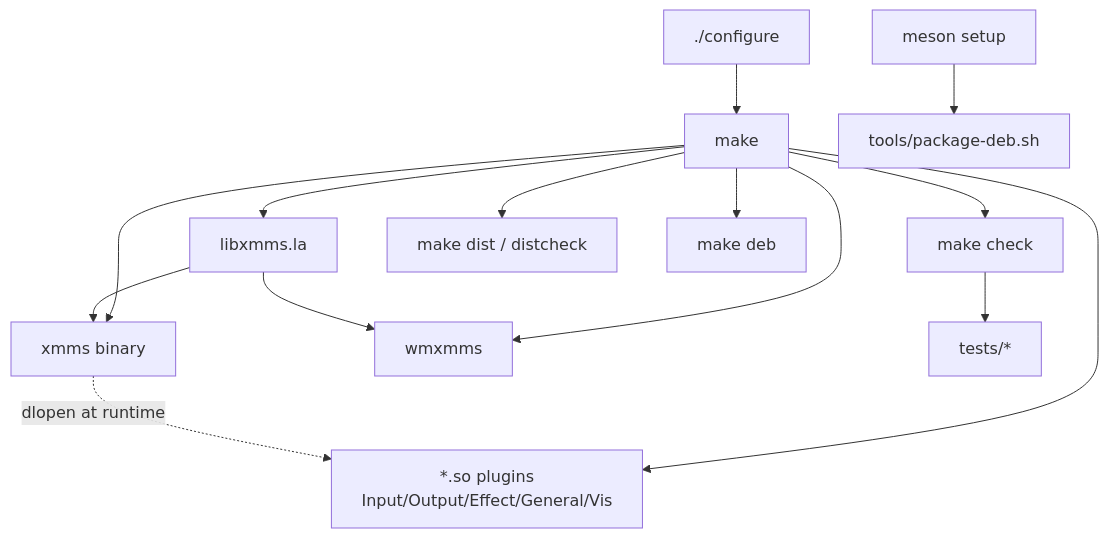
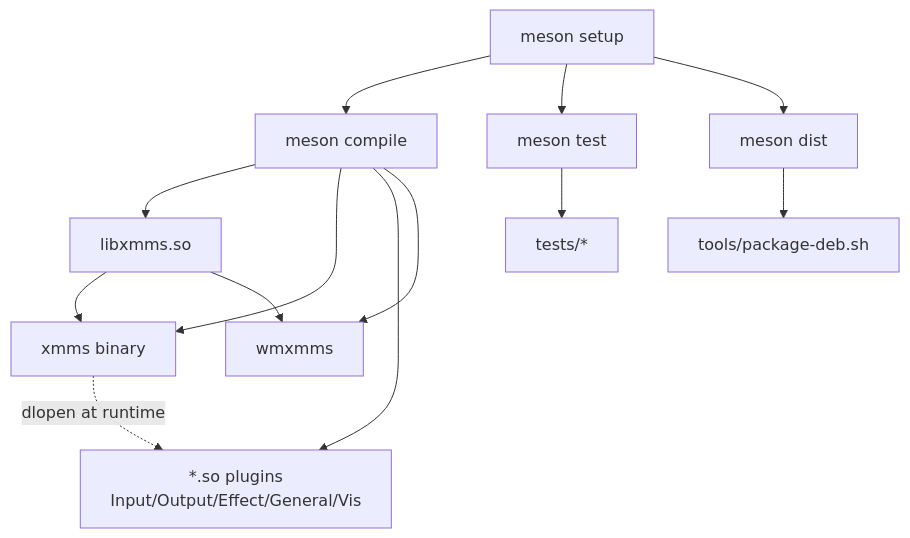
One commit to tuunanet/xmms-gtk4-experimental changed the first of 4 diagrams in docs/architecture/build-and-test.md. Above: the diagram before and after it, drawn with Mermaid. The commit also changed other lines of this file and 200 other files, not shown here.

````diff
--- a/docs/architecture/build-and-test.md
+++ b/docs/architecture/build-and-test.md
@@ -56,16 +54,15 @@
 ```mermaid
 flowchart TB
-    CFG[./configure] --> MAKE[make]
-    MAKE --> LIB[libxmms.la]
-    MAKE --> BIN[xmms binary]
-    MAKE --> PLUG["*.so plugins<br/>Input/Output/Effect/General/Vis"]
-    MAKE --> DOCK[wmxmms]
+    MESON[meson setup] --> NINJA[meson compile]
+    NINJA --> LIB[libxmms.so]
+    NINJA --> BIN[xmms binary]
+    NINJA --> PLUG["*.so plugins<br/>Input/Output/Effect/General/Vis"]
+    NINJA --> DOCK[wmxmms]
     LIB --> BIN
     LIB --> DOCK
     BIN -.->|dlopen at runtime| PLUG
-    MAKE --> CHK[make check]
+    MESON --> CHK[meson test]
     CHK --> T["tests/*"]
-    MAKE --> DIST[make dist / distcheck]
-    MAKE --> DEB[make deb]
-    MESON[meson setup] --> MDEB[tools/package-deb.sh]
+    MESON --> DIST[meson dist]
+    DIST --> DEB[tools/package-deb.sh]
 ```
````
